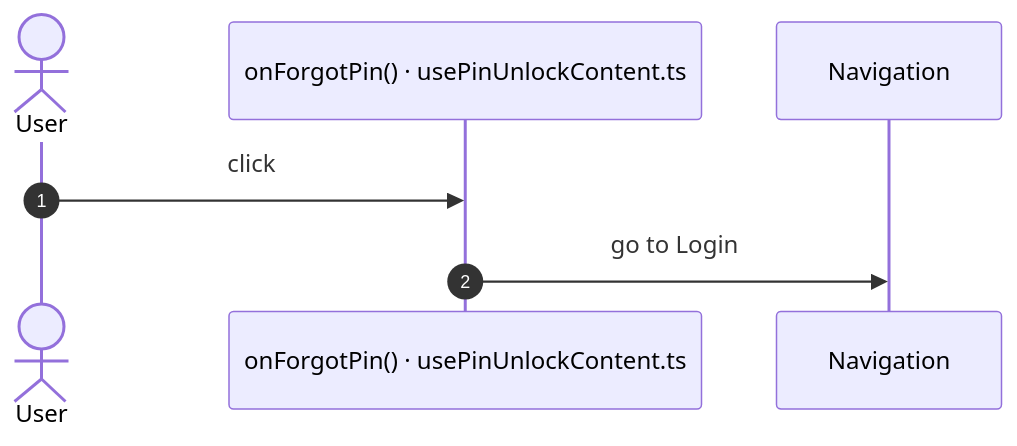
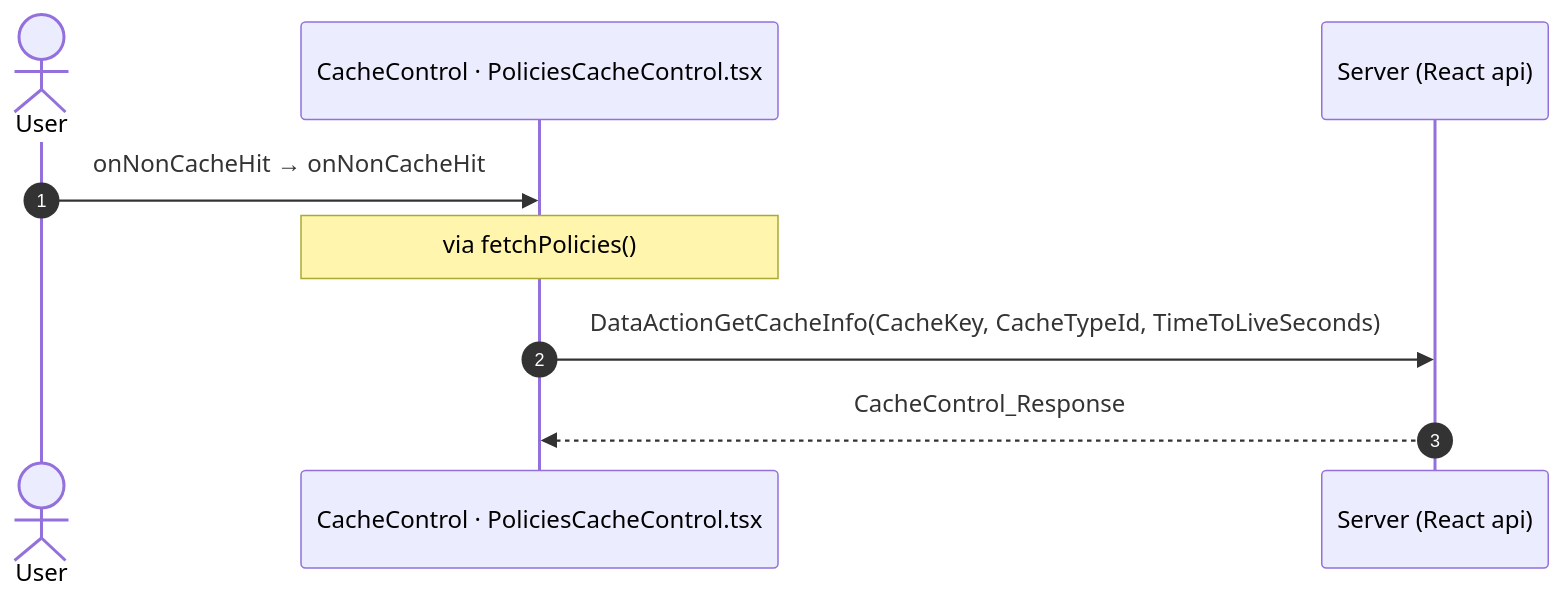
Diagram 13 of 13 in migration/route-actions/APP_SHELL.md (Phoenix-DX/connect-new-ui), drawn with Mermaid before and after one commit. The commit also changed other lines of this file and 9 other files, not shown here.

Commit message:
route actions: facts only; user actions as two independent lists (OutSystems view bindings, React JSX bindings) with Mermaid sequences; factual call columns (direct caller, chains, React references); app shell by definition (survey shell, main.tsx code); constants read for React paths

````diff
--- a/migration/route-actions/APP_SHELL.md
+++ b/migration/route-actions/APP_SHELL.md
@@ -310,9 +274,11 @@
 ```mermaid
 sequenceDiagram
   autonumber
   actor U as User
-  participant H as onForgotPin() · usePinUnlockContent.ts
-  participant N as Navigation
-  U->>H: click
-  H->>N: go to Login
+  participant H as CacheControl · PoliciesCacheControl.tsx
+  participant A as Server (React api)
+  U->>H: onNonCacheHit → onNonCacheHit
+  Note over H: via fetchPolicies()
+  H->>A: DataActionGetCacheInfo(CacheKey, CacheTypeId, TimeToLiveSeconds)
+  A-->>H: CacheControl_Response
 ```
````
